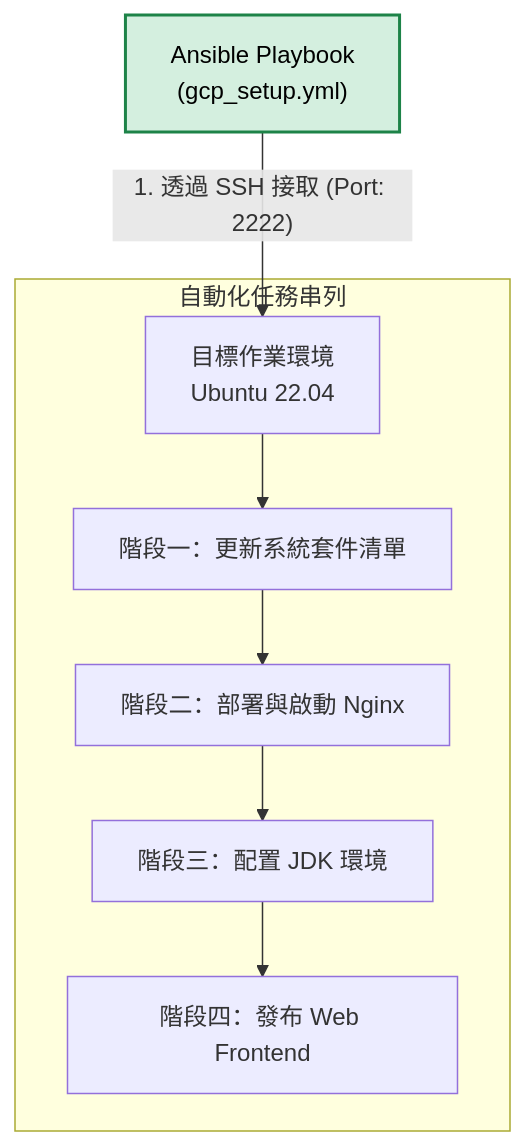
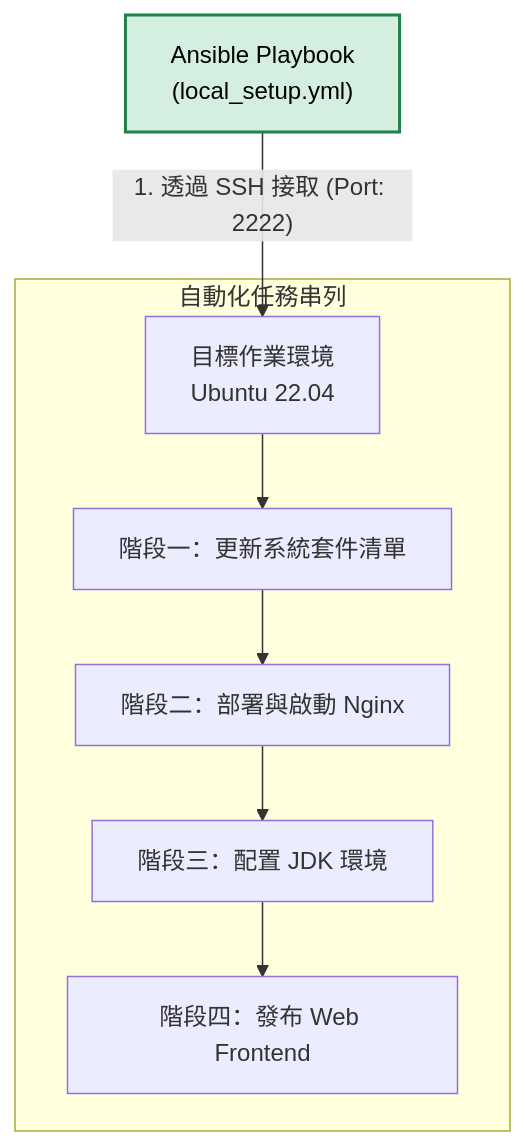
Before and after one commit to JeffLin0225/Infra-Provisioning-Flow: the diagram in ansible/README.md, drawn with Mermaid. The commit also changed other lines of this file and 3 other files, not shown here.

````diff
--- a/ansible/README.md
+++ b/ansible/README.md
@@ -20,14 +20,14 @@
 ```mermaid
 graph TD
-    A["Ansible Playbook<br>(gcp_setup.yml)"] -->|"1. 透過 SSH 接取 (Port: 2222)"| B["目標作業環境<br>Ubuntu 22.04"]
+    A["Ansible Playbook<br>(local_setup.yml)"] -->|"1. 透過 SSH 接取 (Port: 2222)"| B["目標作業環境<br>Ubuntu 22.04"]
     
     subgraph Tasks [自動化任務串列]
     B --> C["階段一：更新系統套件清單"]
     C --> D["階段二：部署與啟動 Nginx"]
     D --> E["階段三：配置 JDK 環境"]
     E --> F["階段四：發布 Web Frontend"]
     end
     
     classDef ans fill:#d4efdf,stroke:#1d8348,stroke-width:2px,color:#000;
     class A ans;
 ```
````
